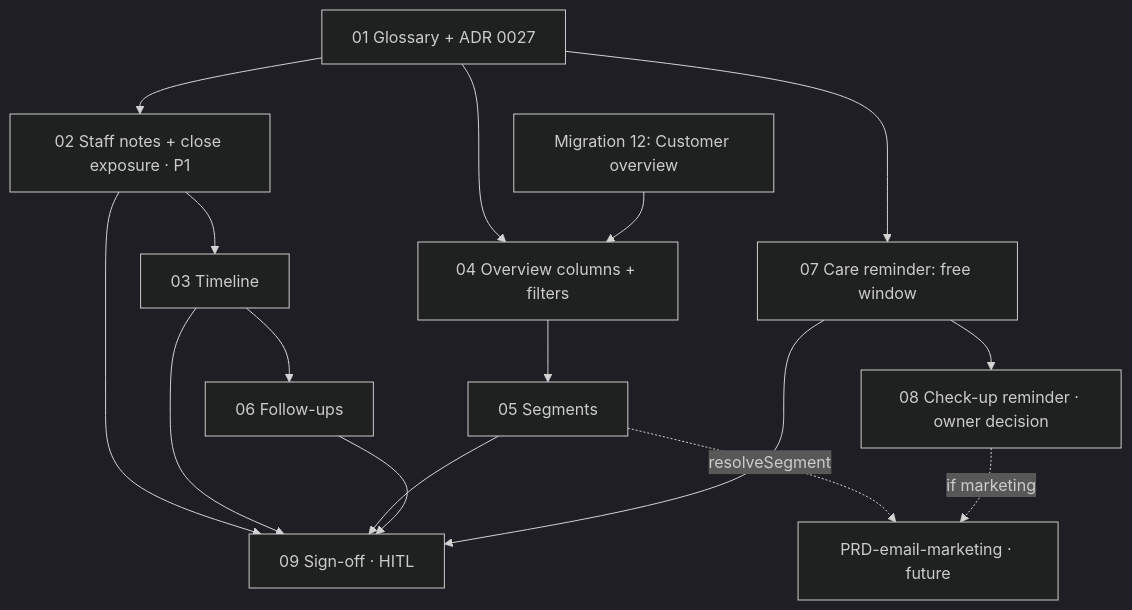
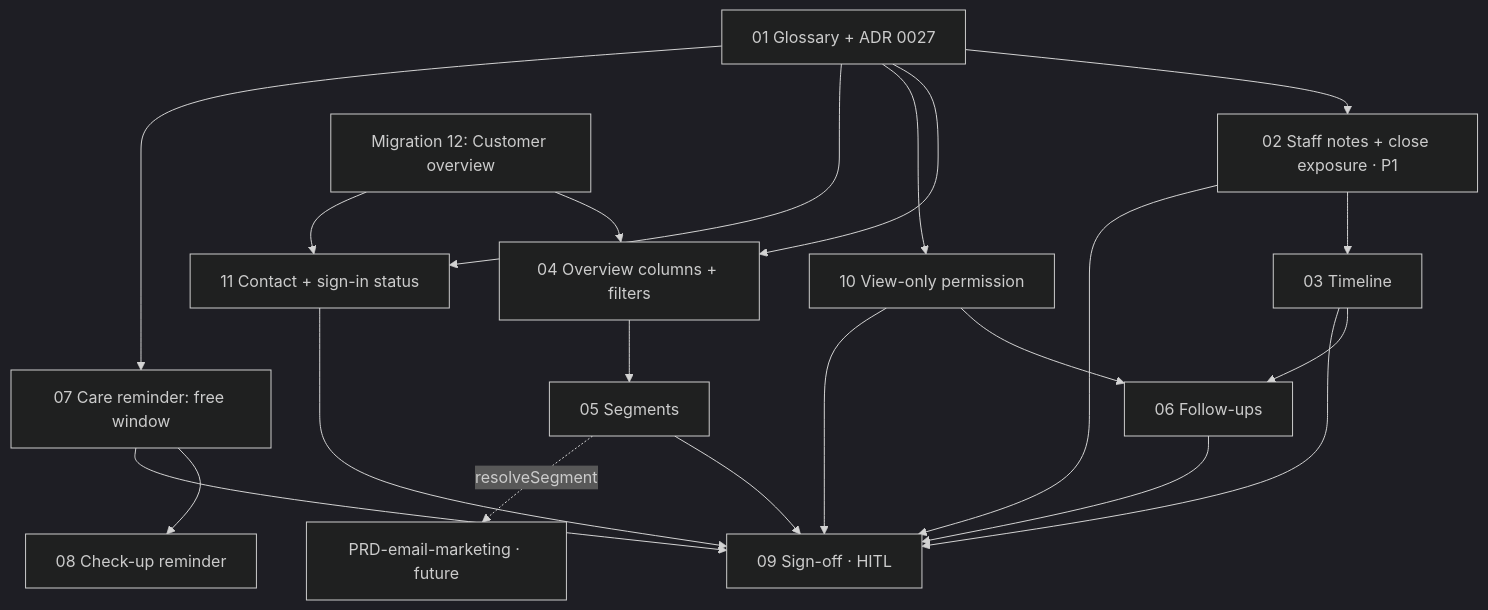
The diagram in .claude/PRD-customer-crm/issues/README.md (ivanyeors/mp), drawn with Mermaid (dark theme) before and after one commit. The commit also changed other lines of this file and 17 other files, not shown here.

First line of the commit message:
PRD CRM: check-up is a service message; view-only access; contact status

````diff
--- a/.claude/PRD-customer-crm/issues/README.md
+++ b/.claude/PRD-customer-crm/issues/README.md
@@ -29,30 +31,37 @@
 ```mermaid
 graph TD
   s01[01 Glossary + ADR 0027]
   s02[02 Staff notes + close exposure · P1]
   s03[03 Timeline]
   s04[04 Overview columns + filters]
   s05[05 Segments]
   s06[06 Follow-ups]
   s07[07 Care reminder: free window]
-  s08[08 Check-up reminder · owner decision]
+  s08[08 Check-up reminder]
   s09[09 Sign-off · HITL]
+  s10[10 View-only permission]
+  s11[11 Contact + sign-in status]
   m12[Migration 12: Customer overview]
   em[PRD-email-marketing · future]
 
   s01 --> s02
   s02 --> s03
   s01 --> s04
   m12 --> s04
   s04 --> s05
   s03 --> s06
+  s01 --> s10
+  s10 --> s06
+  s01 --> s11
+  m12 --> s11
+  s10 --> s09
+  s11 --> s09
   s01 --> s07
   s07 --> s08
   s02 --> s09
   s03 --> s09
   s05 --> s09
   s06 --> s09
   s07 --> s09
   s05 -. resolveSegment .-> em
-  s08 -. if marketing .-> em
 ```
````
